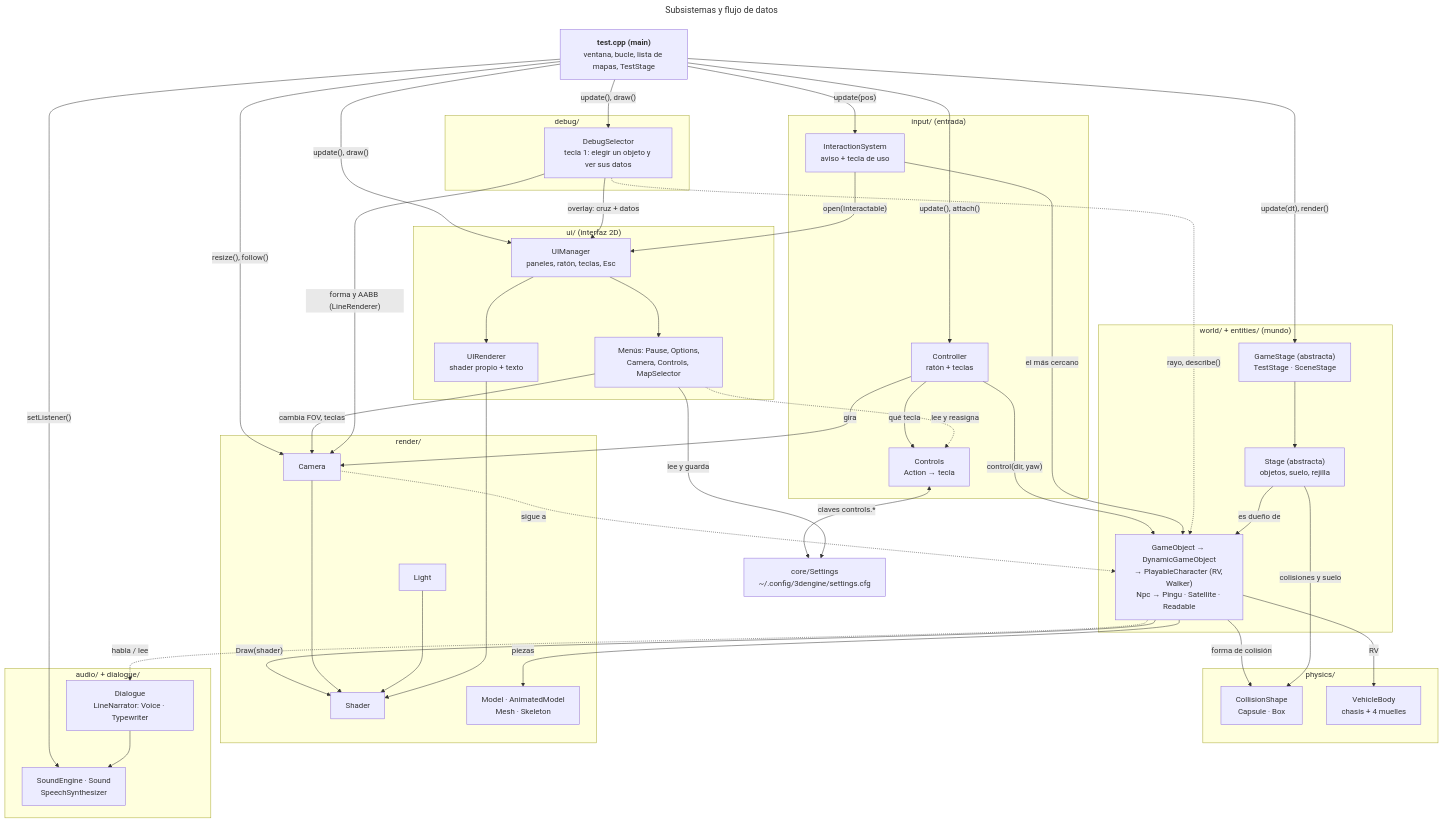
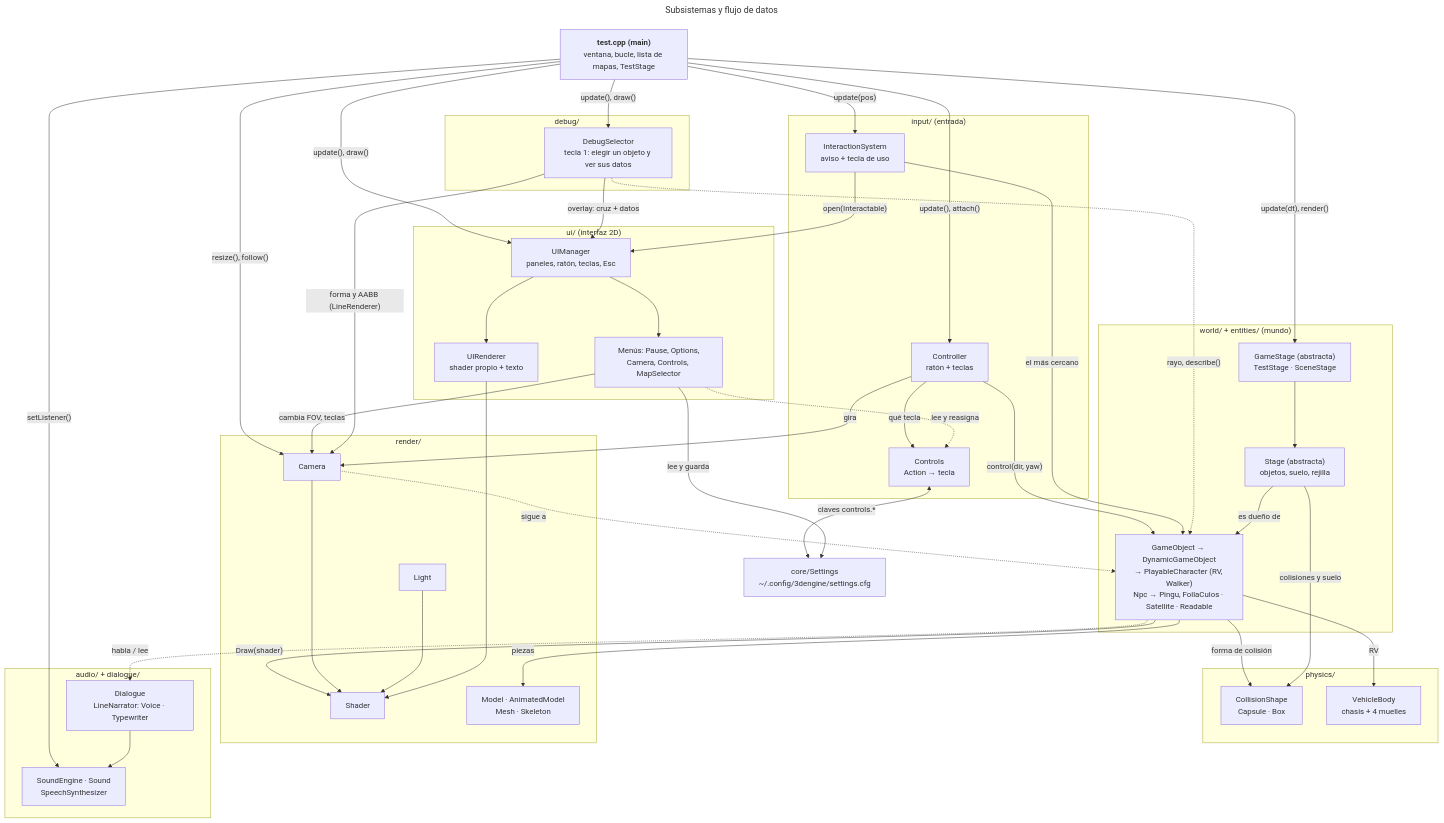
The first of 11 diagrams in docs/UML.md (Joselitus/3Dengine), drawn with Mermaid before and after one commit. The commit also changed other lines of this file and 21 other files, not shown here.

```diff
--- a/docs/UML.md
+++ b/docs/UML.md
@@ -71,7 +71,7 @@
     subgraph mundo ["world/ + entities/ (mundo)"]
         GameStage["GameStage (abstracta)<br/>TestStage · SceneStage"]
         Stage["Stage (abstracta)<br/>objetos, suelo, rejilla"]
-        Objetos["GameObject → DynamicGameObject<br/>→ PlayableCharacter (RV, Walker)<br/>Npc → Pingu · Satellite · Readable"]
+        Objetos["GameObject → DynamicGameObject<br/>→ PlayableCharacter (RV, Walker)<br/>Npc → Pingu, FollaCulos · Satellite · Readable"]
     end
 
     subgraph fisica ["physics/"]
```
